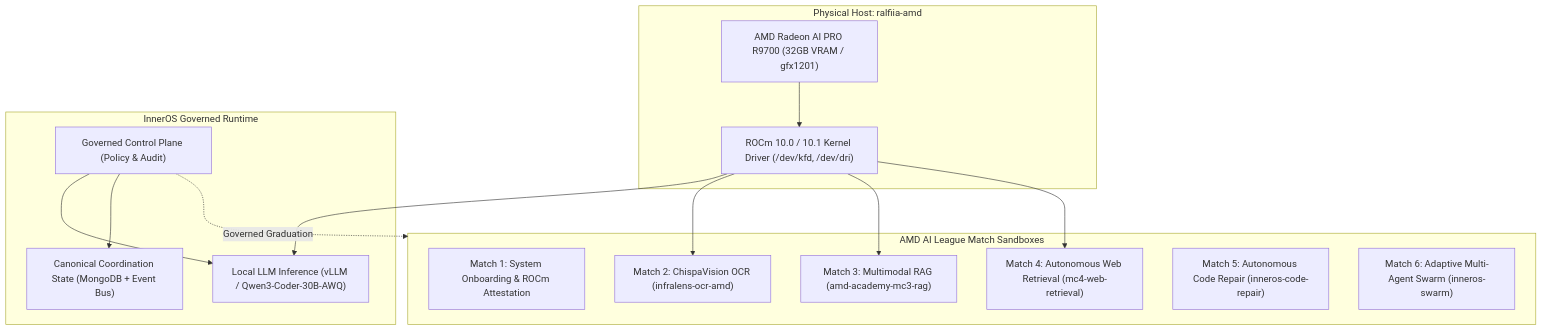
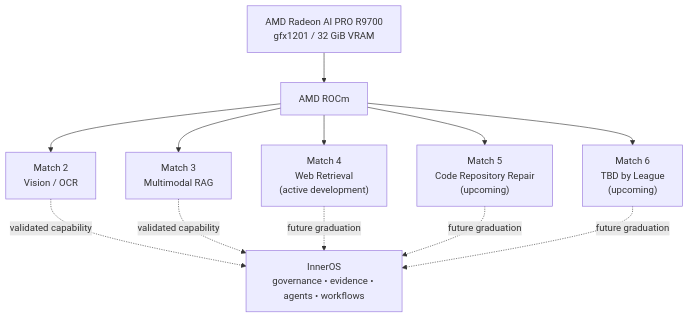
The diagram in README.md (Rafa-Innerchispa/inneros-amd-ai-league-2026), drawn with Mermaid before and after one commit. The commit also changed other lines of this file, not shown here.

Commit message:
docs: align judge-facing README with verified submission evidence

````diff
--- a/README.md
+++ b/README.md
@@ -17,31 +18,18 @@
 ```mermaid
 flowchart TB
-    subgraph Host["Physical Host: ralfiia-amd"]
-        GPU["AMD Radeon AI PRO R9700 (32GB VRAM / gfx1201)"]
-        ROCM["ROCm 10.0 / 10.1 Kernel Driver (/dev/kfd, /dev/dri)"]
-        GPU --> ROCM
-    end
+    GPU["AMD Radeon AI PRO R9700<br/>gfx1201 / 32 GiB VRAM"]
+    ROCM["AMD ROCm"]
+    GPU --> ROCM
 
-    subgraph Core["InnerOS Governed Runtime"]
-        CP["Governed Control Plane (Policy & Audit)"]
-        VLLM["Local LLM Inference (vLLM / Qwen3-Coder-30B-AWQ)"]
-        MEM["Canonical Coordination State (MongoDB + Event Bus)"]
-        ROCM --> VLLM
-        CP --> VLLM
-        CP --> MEM
-    end
+    ROCM --> M2["Match 2<br/>Vision / OCR"]
+    ROCM --> M3["Match 3<br/>Multimodal RAG"]
+    ROCM --> M4["Match 4<br/>Web Retrieval<br/>(active development)"]
+    ROCM --> M5["Match 5<br/>Code Repository Repair<br/>(upcoming)"]
+    ROCM --> M6["Match 6<br/>TBD by League<br/>(upcoming)"]
 
-    subgraph Matches["AMD AI League Match Sandboxes"]
-        M1["Match 1: System Onboarding & ROCm Attestation"]
-        M2["Match 2: ChispaVision OCR (infralens-ocr-amd)"]
-        M3["Match 3: Multimodal RAG (amd-academy-mc3-rag)"]
-        M4["Match 4: Autonomous Web Retrieval (mc4-web-retrieval)"]
-        M5["Match 5: Autonomous Code Repair (inneros-code-repair)"]
-        M6["Match 6: Adaptive Multi-Agent Swarm (inneros-swarm)"]
-    end
-
-    ROCM --> M2
-    ROCM --> M3
-    ROCM --> M4
-    CP -.->|Governed Graduation| Matches
+    M2 -. validated capability .-> IOS["InnerOS<br/>governance • evidence • agents • workflows"]
+    M3 -. validated capability .-> IOS
+    M4 -. future graduation .-> IOS
+    M5 -. future graduation .-> IOS
+    M6 -. future graduation .-> IOS
 ```
````
